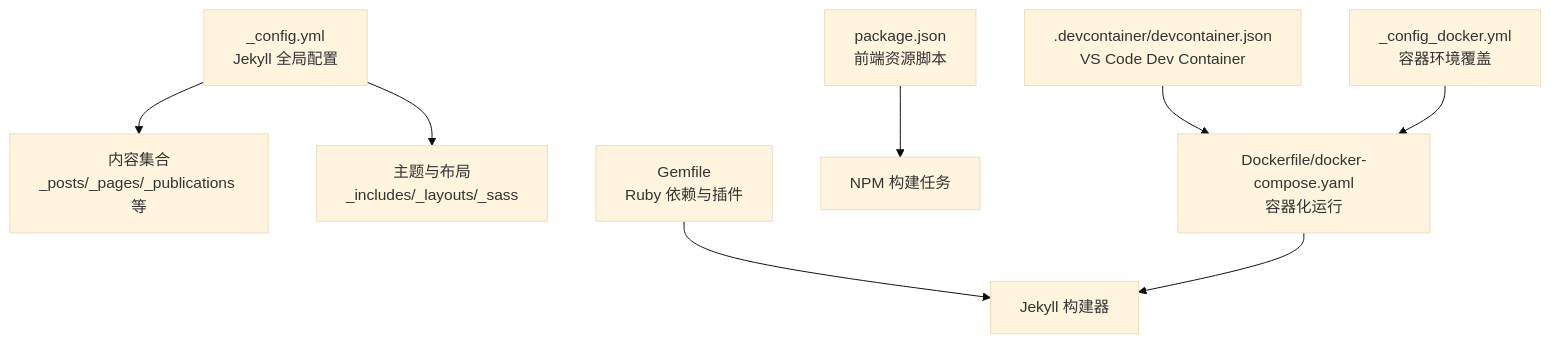
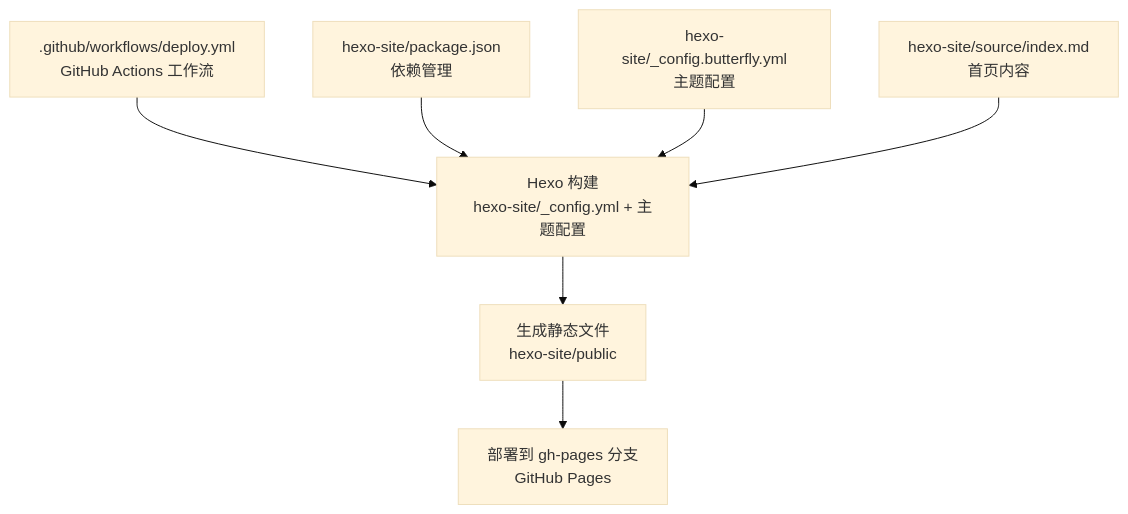
One commit to CoolPig0720/CoolPig0720.github.io changed the first of 3 diagrams in .qoder/repowiki/zh/content/部署和维护/GitHub Pages 部署.md. Above: the diagram before and after it, drawn with Mermaid (base theme). The commit also changed other lines of this file and 36 other files, not shown here.

````diff
--- a/.qoder/repowiki/zh/content/部署和维护/GitHub Pages 部署.md
+++ b/.qoder/repowiki/zh/content/部署和维护/GitHub Pages 部署.md
@@ -39,10 +36,9 @@
 ```mermaid
 graph TB
-A["_config.yml<br/>Jekyll 全局配置"] --> B["内容集合<br/>_posts/_pages/_publications 等"]
-A --> C["主题与布局<br/>_includes/_layouts/_sass"]
-D["Gemfile<br/>Ruby 依赖与插件"] --> E["Jekyll 构建器"]
-F["package.json<br/>前端资源脚本"] --> G["NPM 构建任务"]
-H["Dockerfile/docker-compose.yaml<br/>容器化运行"] --> E
-I[".devcontainer/devcontainer.json<br/>VS Code Dev Container"] --> H
-J["_config_docker.yml<br/>容器环境覆盖"] --> H
+A[".github/workflows/deploy.yml<br/>GitHub Actions 工作流"] --> B["Hexo 构建<br/>hexo-site/_config.yml + 主题配置"]
+B --> C["生成静态文件<br/>hexo-site/public"]
+C --> D["部署到 gh-pages 分支<br/>GitHub Pages"]
+E["hexo-site/package.json<br/>依赖管理"] --> B
+F["hexo-site/_config.butterfly.yml<br/>主题配置"] --> B
+G["hexo-site/source/index.md<br/>首页内容"] --> B
 ```
````
